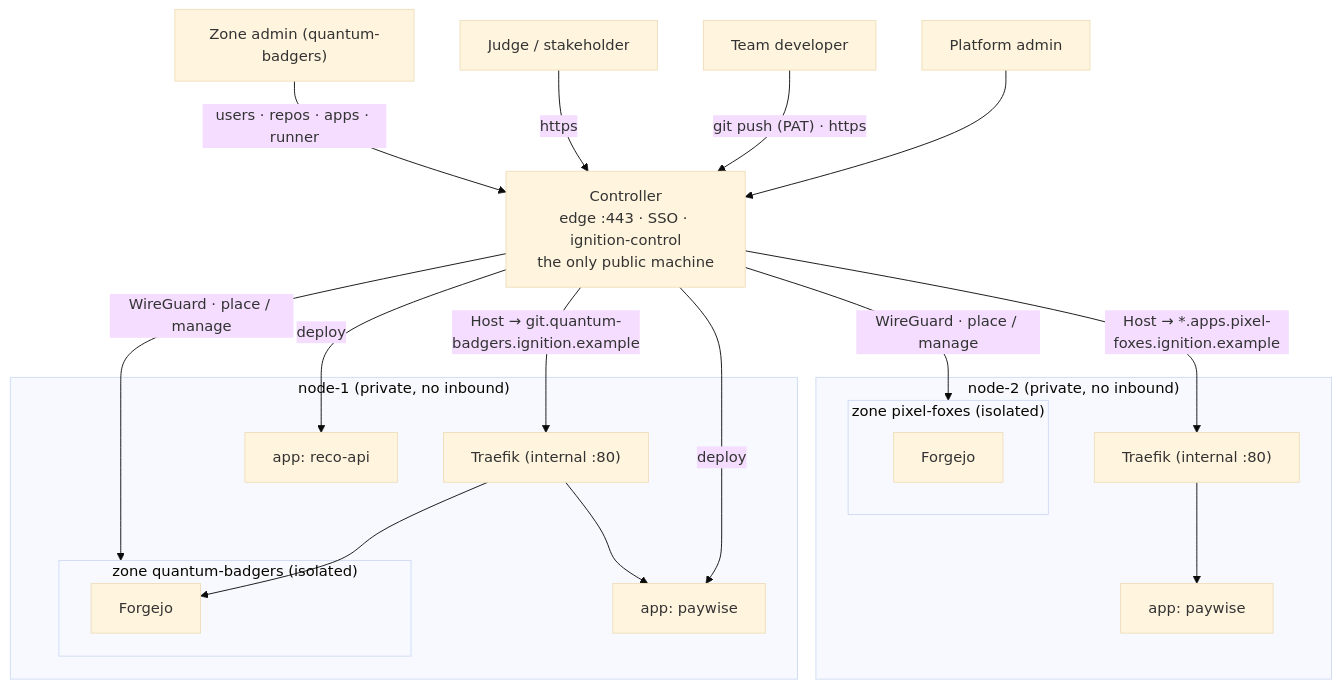
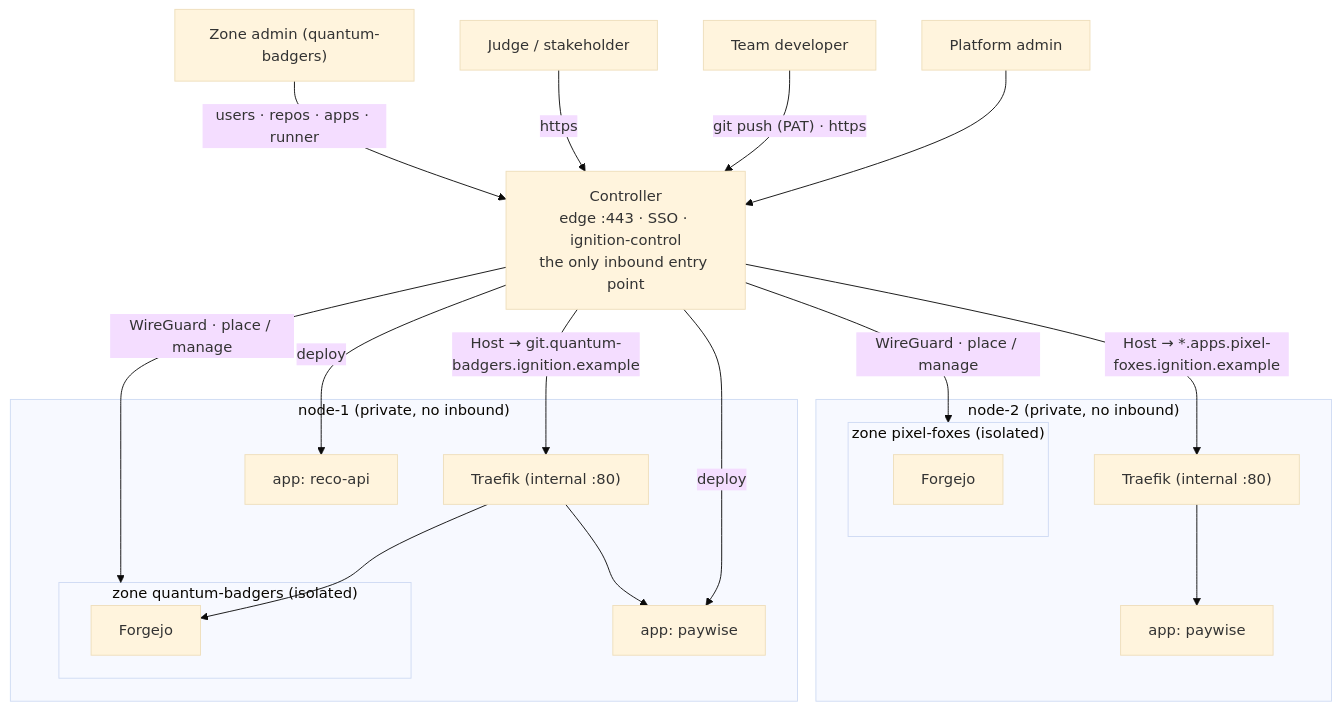
One commit to johnjoeallen/ignition changed the diagram in docs/index.md. Above: the diagram before and after it, drawn with Mermaid (base theme). The commit also changed other lines of this file and 6 other files, not shown here.

````diff
--- a/docs/index.md
+++ b/docs/index.md
@@ -71,34 +71,34 @@
 ```mermaid
 flowchart TB
     pa["Platform admin"] --> cp
     dev["Team developer"] -->|"git push (PAT) · https"| cp
     visitor["Judge / stakeholder"] -->|https| cp
     za["Zone admin (quantum-badgers)"] -->|"users · repos · apps · runner"| cp
-    cp["Controller<br/>edge :443 · SSO · ignition-control<br/>the only public machine"]
+    cp["Controller<br/>edge :443 · SSO · ignition-control<br/>the only inbound entry point"]
 
     subgraph node1["node-1  (private, no inbound)"]
         traefik1["Traefik (internal :80)"]
         subgraph zA["zone quantum-badgers  (isolated)"]
             fa["Forgejo"]
         end
         appA1["app: paywise"]
         appA2["app: reco-api"]
     end
     subgraph node2["node-2  (private, no inbound)"]
         traefik2["Traefik (internal :80)"]
         subgraph zB["zone pixel-foxes  (isolated)"]
             fb["Forgejo"]
         end
         appB["app: paywise"]
     end
 
     cp -->|"WireGuard · place / manage"| zA
     cp -->|"WireGuard · place / manage"| zB
     cp -->|deploy| appA1
     cp -->|deploy| appA2
     cp -->|"Host → git.quantum-badgers.ignition.example"| traefik1
     cp -->|"Host → *.apps.pixel-foxes.ignition.example"| traefik2
     traefik1 --> fa
     traefik1 --> appA1
     traefik2 --> appB
 ```
````
